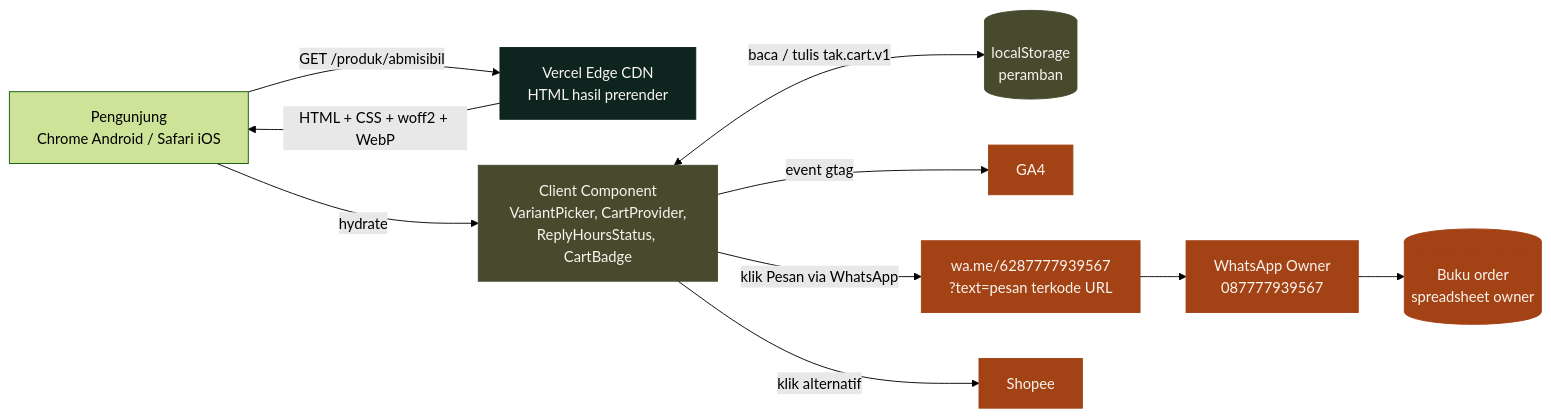
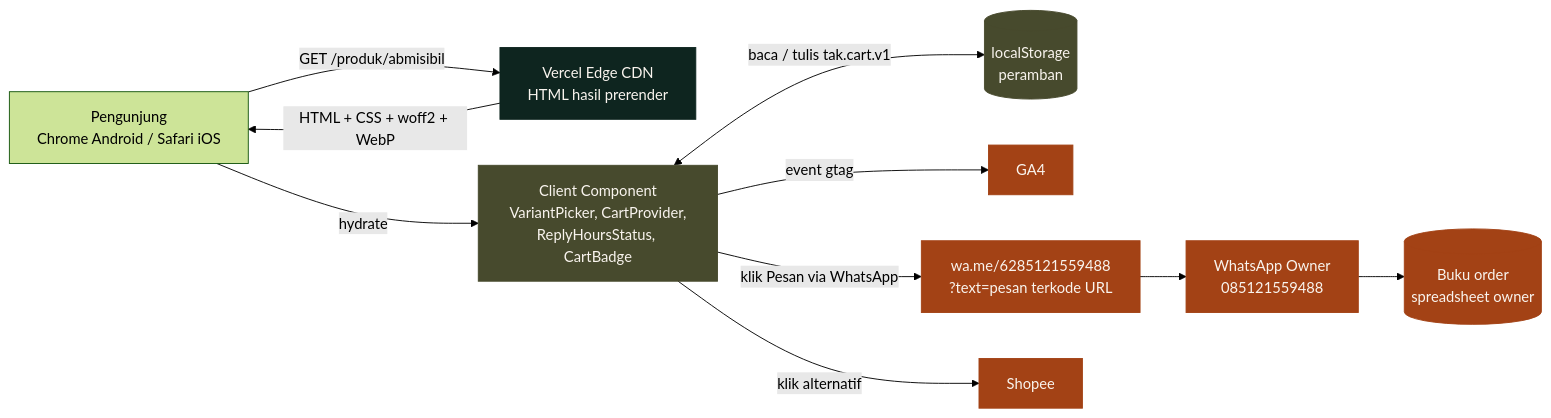
The first of 5 diagrams in docs/03-architecture.md (yuzansama/titikasalkopi), drawn with Mermaid (forest theme) before and after one commit. The commit also changed other lines of this file and 7 other files, not shown here.

First line of the commit message:
fix: point every WhatsApp link to the new business number

````diff
--- a/docs/03-architecture.md
+++ b/docs/03-architecture.md
@@ -64,19 +64,19 @@
 ```mermaid
 flowchart LR
     U["Pengunjung<br/>Chrome Android / Safari iOS"] -->|"GET /produk/abmisibil"| CDN["Vercel Edge CDN<br/>HTML hasil prerender"]
     CDN -->|"HTML + CSS + woff2 + WebP"| U
     U -->|"hydrate"| CC["Client Component<br/>VariantPicker, CartProvider,<br/>ReplyHoursStatus, CartBadge"]
     CC <-->|"baca / tulis tak.cart.v1"| LS[("localStorage<br/>peramban")]
     CC -->|"event gtag"| GA["GA4"]
-    CC -->|"klik Pesan via WhatsApp"| WA["wa.me/6287777939567<br/>?text=pesan terkode URL"]
+    CC -->|"klik Pesan via WhatsApp"| WA["wa.me/6285121559488<br/>?text=pesan terkode URL"]
     CC -->|"klik alternatif"| SH["Shopee"]
-    WA --> OWN["WhatsApp Owner<br/>087777939567"]
+    WA --> OWN["WhatsApp Owner<br/>085121559488"]
     OWN --> BOOK[("Buku order<br/>spreadsheet owner")]
 
     classDef server fill:#0E251F,color:#F9F4EE,stroke:#0E251F
     classDef client fill:#474A2D,color:#F9F4EE,stroke:#474A2D
     classDef ext fill:#A34215,color:#F9F4EE,stroke:#A34215
     class CDN server
     class CC,LS client
     class WA,SH,OWN,BOOK,GA ext
 ```
````
